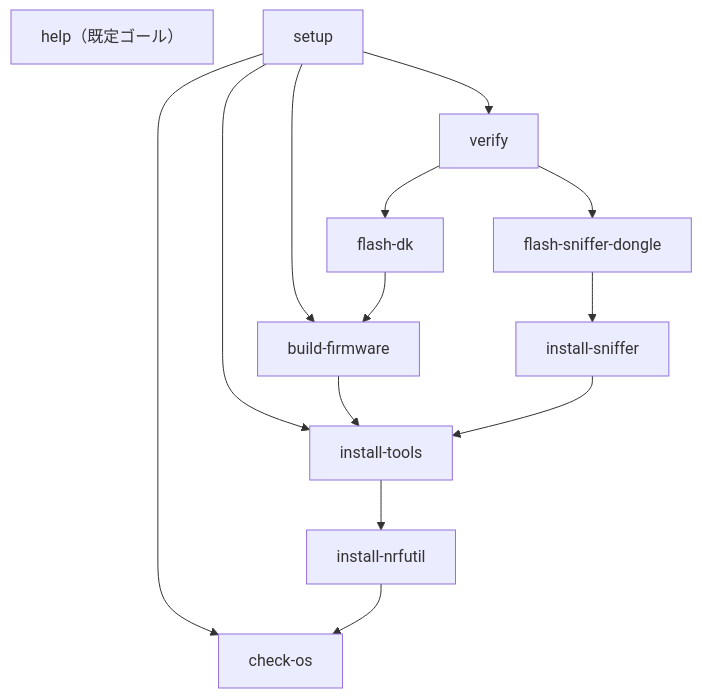
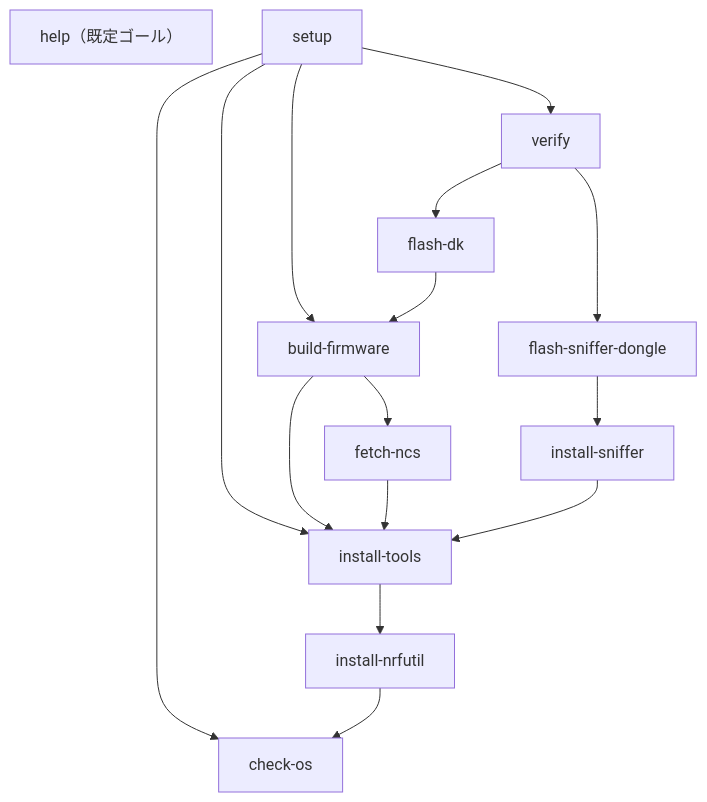
The diagram in docs/DESIGN-001.md (kokiTakashiki/CoreBluetoothDevelopmentBootstrap), drawn with Mermaid before and after one commit. The commit also changed other lines of this file and 3 other files, not shown here.

First line of the commit message:
feat(fetch-ncs): NCS ソースツリー取得を自動化しエラーメッセージを親切化

````diff
--- a/docs/DESIGN-001.md
+++ b/docs/DESIGN-001.md
@@ -81,16 +82,18 @@
 ```mermaid
 graph TD
     help["help（既定ゴール）"]
     setup --> check-os
     setup --> install-tools
     setup --> build-firmware
     setup --> verify
     install-nrfutil --> check-os
     install-tools --> install-nrfutil
     install-sniffer --> install-tools
+    fetch-ncs --> install-tools
     build-firmware --> install-tools
+    build-firmware --> fetch-ncs
     flash-dk --> build-firmware
     flash-sniffer-dongle --> install-sniffer
     verify --> flash-dk
     verify --> flash-sniffer-dongle
 ```
````
